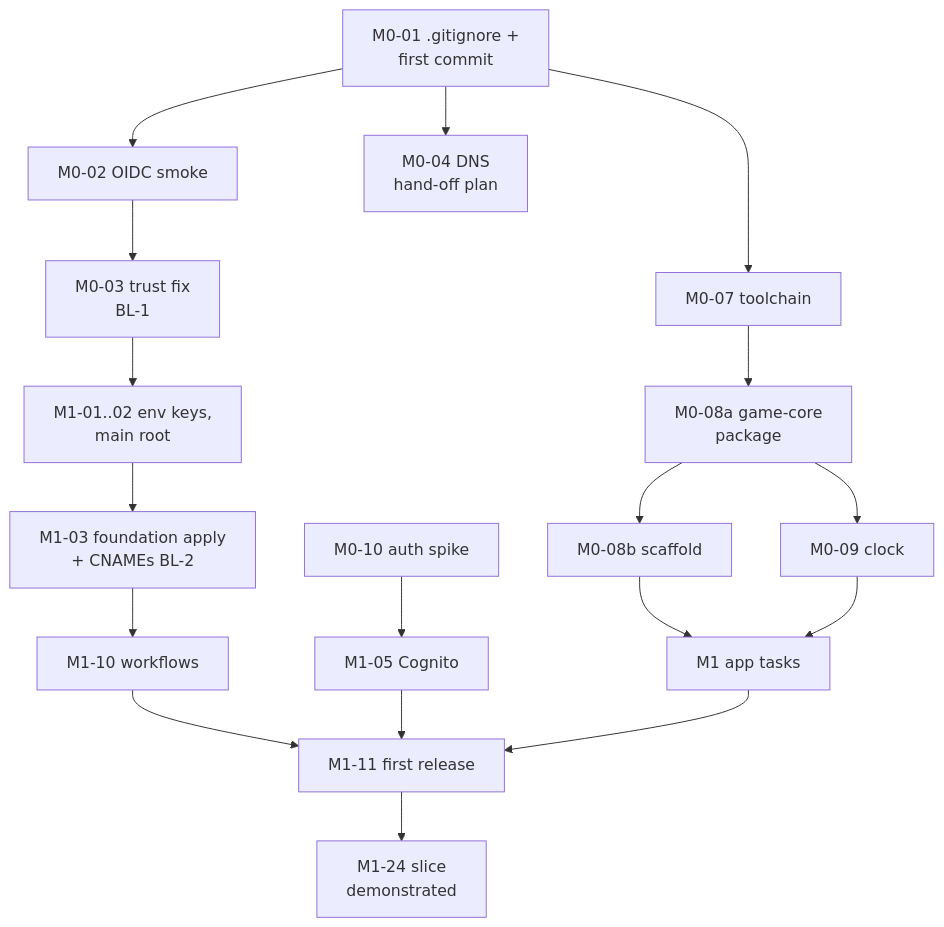
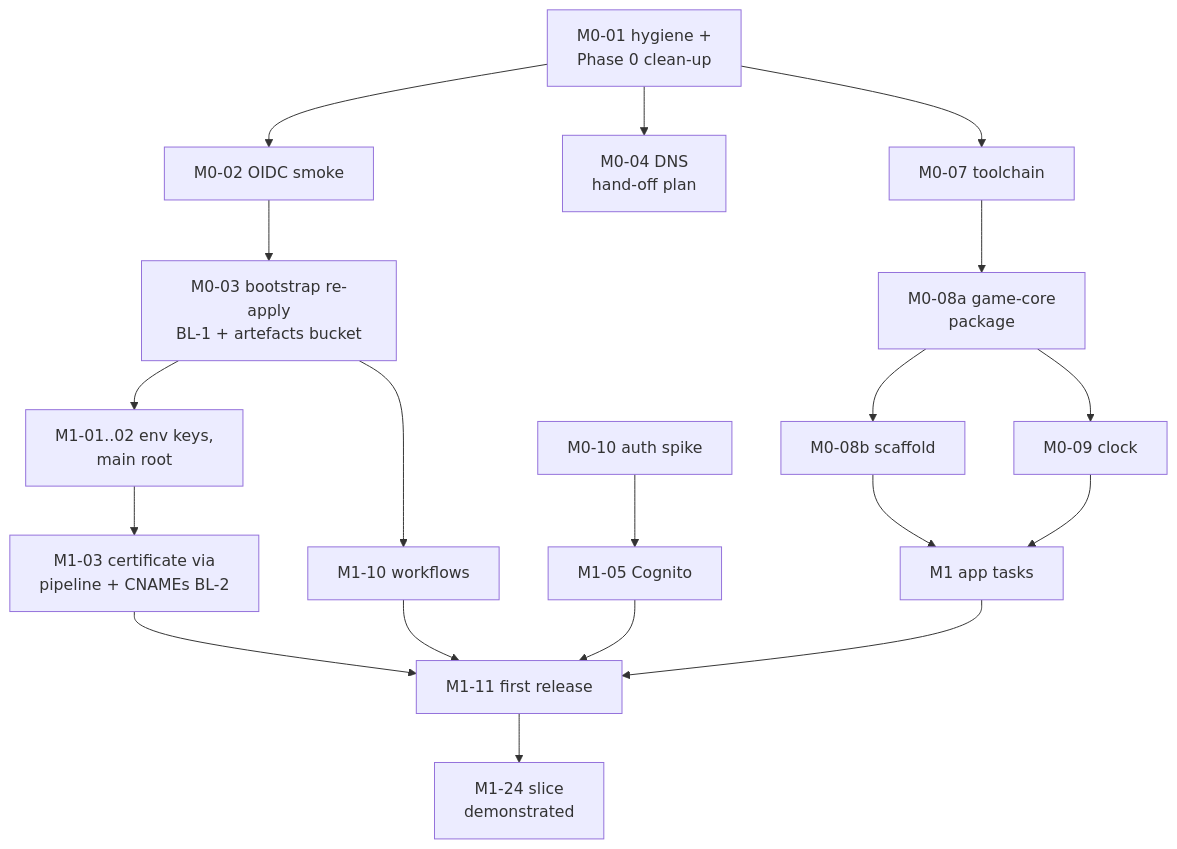
The second of 2 diagrams in docs/plan/J-execution-backlog.md (jacklavelle286/space-tower-defence), drawn with Mermaid before and after one commit. The commit also changed other lines of this file and 19 other files, not shown here.

````diff
--- a/docs/plan/J-execution-backlog.md
+++ b/docs/plan/J-execution-backlog.md
@@ -93,20 +137,21 @@
 ```mermaid
 flowchart TD
-  T01[M0-01 .gitignore +<br/>first commit] --> T02[M0-02 OIDC smoke]
-  T02 --> T03[M0-03 trust fix<br/>BL-1]
+  T01[M0-01 hygiene +<br/>Phase 0 clean-up] --> T02[M0-02 OIDC smoke]
+  T02 --> T03[M0-03 bootstrap re-apply<br/>BL-1 + artefacts bucket]
   T01 --> T04[M0-04 DNS<br/>hand-off plan]
   T03 --> I1[M1-01..02 env keys,<br/>main root]
-  I1 --> I3[M1-03 foundation apply<br/>+ CNAMEs BL-2]
-  I3 --> I10[M1-10 workflows]
+  I1 --> I3[M1-03 certificate via<br/>pipeline + CNAMEs BL-2]
+  T03 --> I10[M1-10 workflows]
+  I3 --> R
   T01 --> T07[M0-07 toolchain]
   T07 --> T08a[M0-08a game-core<br/>package]
   T08a --> T09[M0-09 clock]
   T08a --> T08b[M0-08b scaffold]
   T08b --> A1[M1 app tasks]
   T09 --> A1
   T10[M0-10 auth spike] --> I5[M1-05 Cognito]
   I10 --> R[M1-11 first release]
   I5 --> R
   A1 --> R
   R --> D[M1-24 slice<br/>demonstrated]
 ```
````
